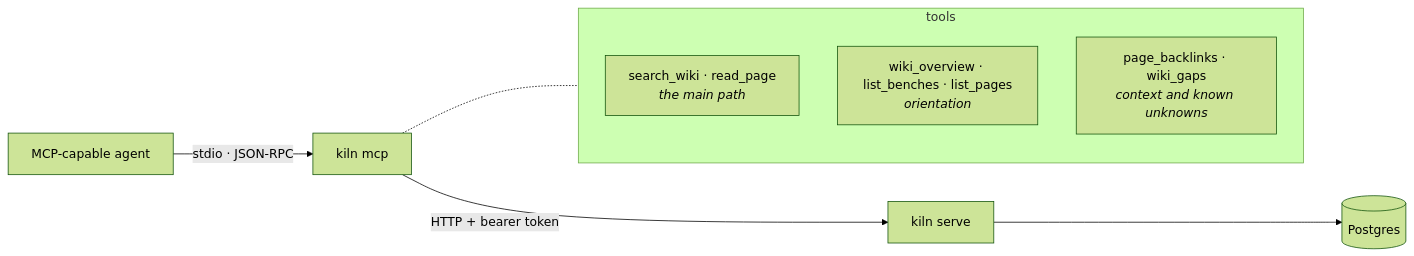
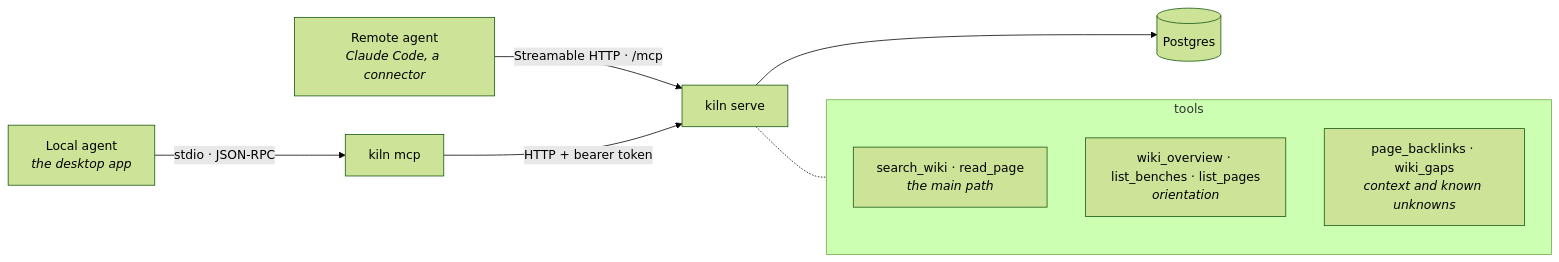
Before and after one commit to daiwa-zou/kiln: diagram 16 of 16 in docs/architecture.md, drawn with Mermaid (forest theme). The commit also changed other lines of this file and 11 other files, not shown here.

````diff
--- a/docs/architecture.md
+++ b/docs/architecture.md
@@ -820,14 +822,18 @@
 ```mermaid
 flowchart LR
-    Agent["MCP-capable agent"] -->|"stdio · JSON-RPC"| M["kiln mcp"]
-    M -->|"HTTP + bearer token"| API["kiln serve"]
+    Remote["Remote agent<br/><i>Claude Code, a connector</i>"]
+    Local["Local agent<br/><i>the desktop app</i>"]
+
+    Remote -->|"Streamable HTTP · /mcp"| API["kiln serve"]
+    Local -->|"stdio · JSON-RPC"| M["kiln mcp"]
+    M -->|"HTTP + bearer token"| API
     API --> PG[("Postgres")]
 
     subgraph tools["tools"]
         direction TB
         T1["search_wiki · read_page<br/><i>the main path</i>"]
         T2["wiki_overview · list_benches · list_pages<br/><i>orientation</i>"]
         T3["page_backlinks · wiki_gaps<br/><i>context and known unknowns</i>"]
     end
-    M -.- tools
+    API -.- tools
 ```
````
